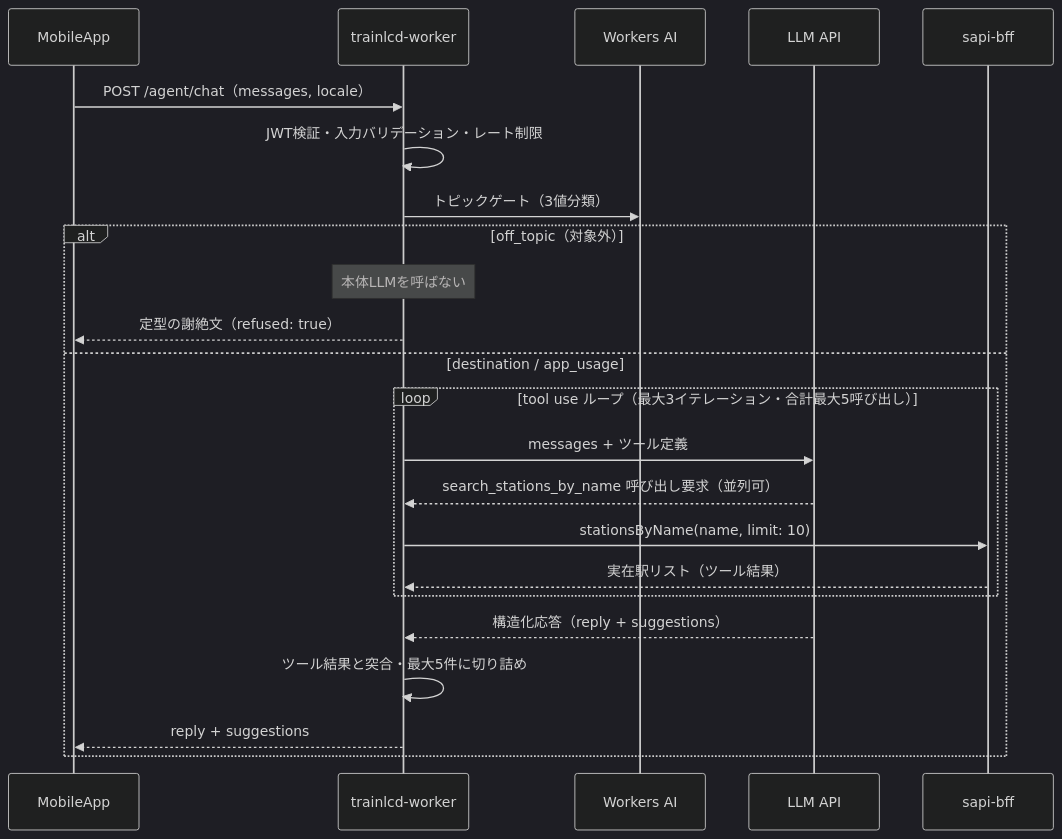
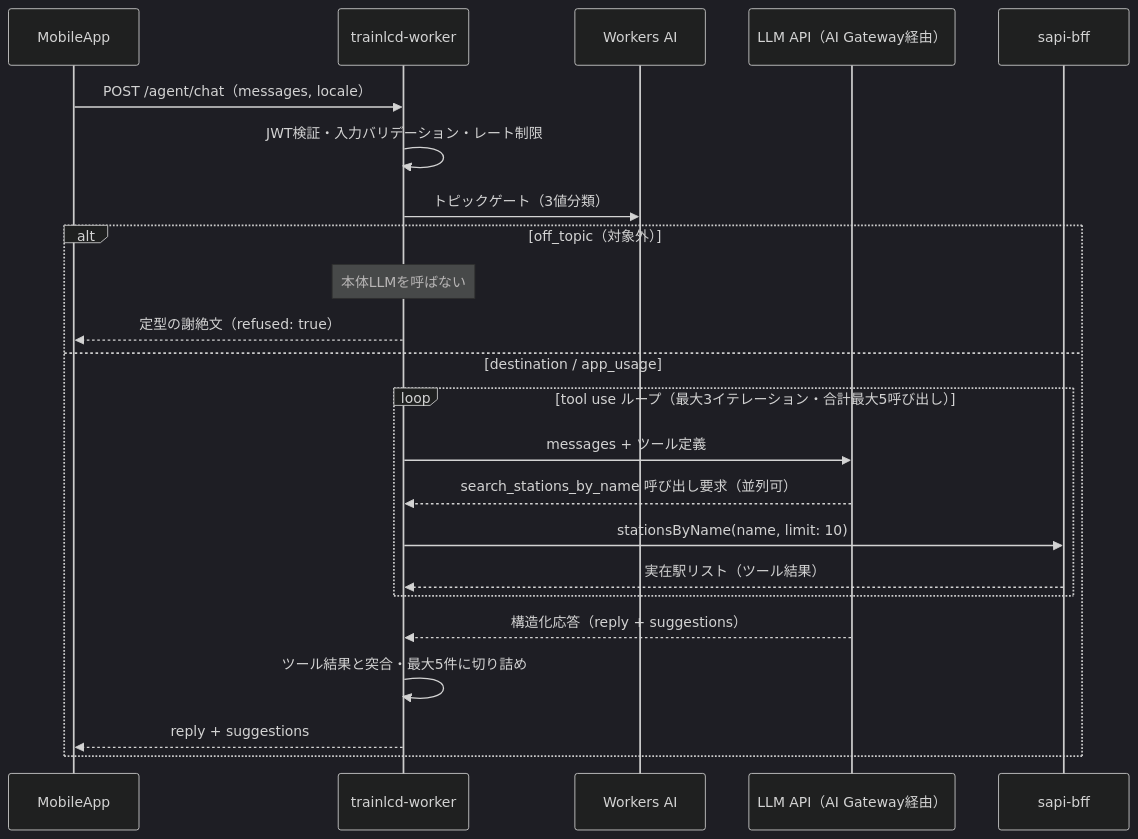
Before and after one commit to TrainLCD/MobileApp: the second of 2 diagrams in docs/spec/ai-agent/design.md, drawn with Mermaid (dark theme). The commit also changed other lines of this file, not shown here.

````diff
--- a/docs/spec/ai-agent/design.md
+++ b/docs/spec/ai-agent/design.md
@@ -203,26 +206,26 @@
 ```mermaid
 sequenceDiagram
   participant App as MobileApp
   participant W as trainlcd-worker
   participant WAI as Workers AI
-  participant LLM as LLM API
+  participant LLM as LLM API（AI Gateway経由）
   participant S as sapi-bff
 
   App->>W: POST /agent/chat（messages, locale）
   W->>W: JWT検証・入力バリデーション・レート制限
   W->>WAI: トピックゲート（3値分類）
   alt off_topic（対象外）
     Note over W: 本体LLMを呼ばない
     W-->>App: 定型の謝絶文（refused: true）
   else destination / app_usage
     loop tool use ループ（最大3イテレーション・合計最大5呼び出し）
       W->>LLM: messages + ツール定義
       LLM-->>W: search_stations_by_name 呼び出し要求（並列可）
       W->>S: stationsByName(name, limit: 10)
       S-->>W: 実在駅リスト（ツール結果）
     end
     LLM-->>W: 構造化応答（reply + suggestions）
     W->>W: ツール結果と突合・最大5件に切り詰め
     W-->>App: reply + suggestions
   end
 ```
````
